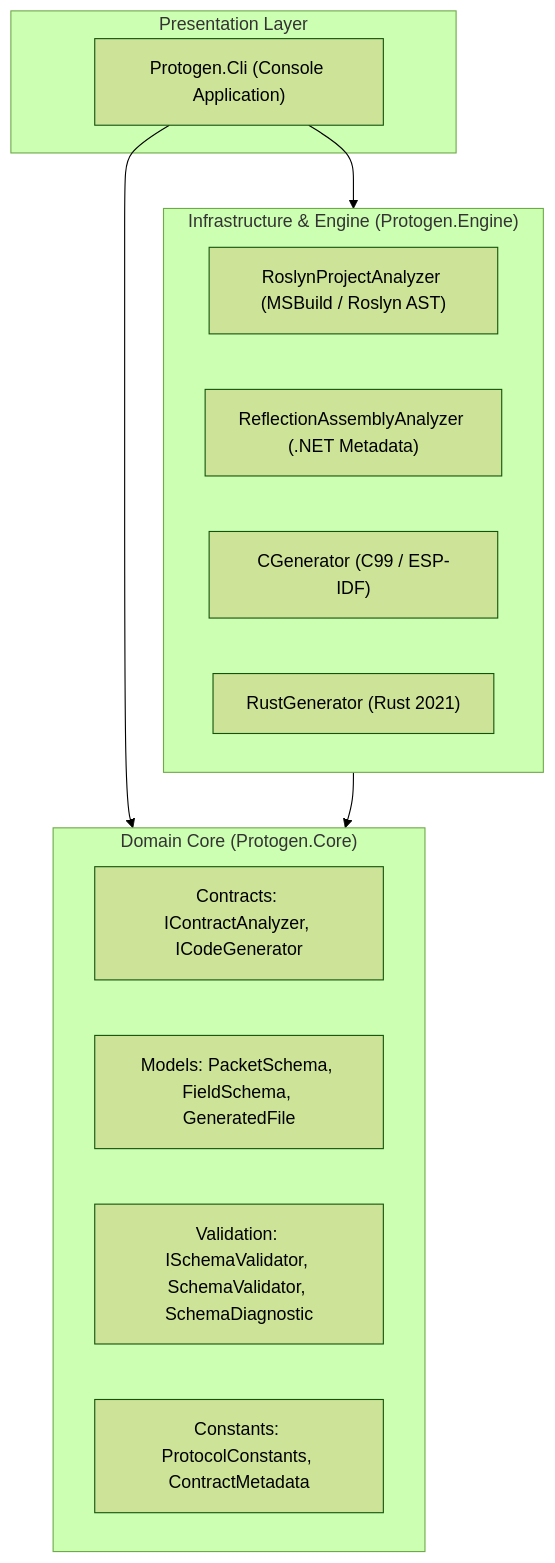
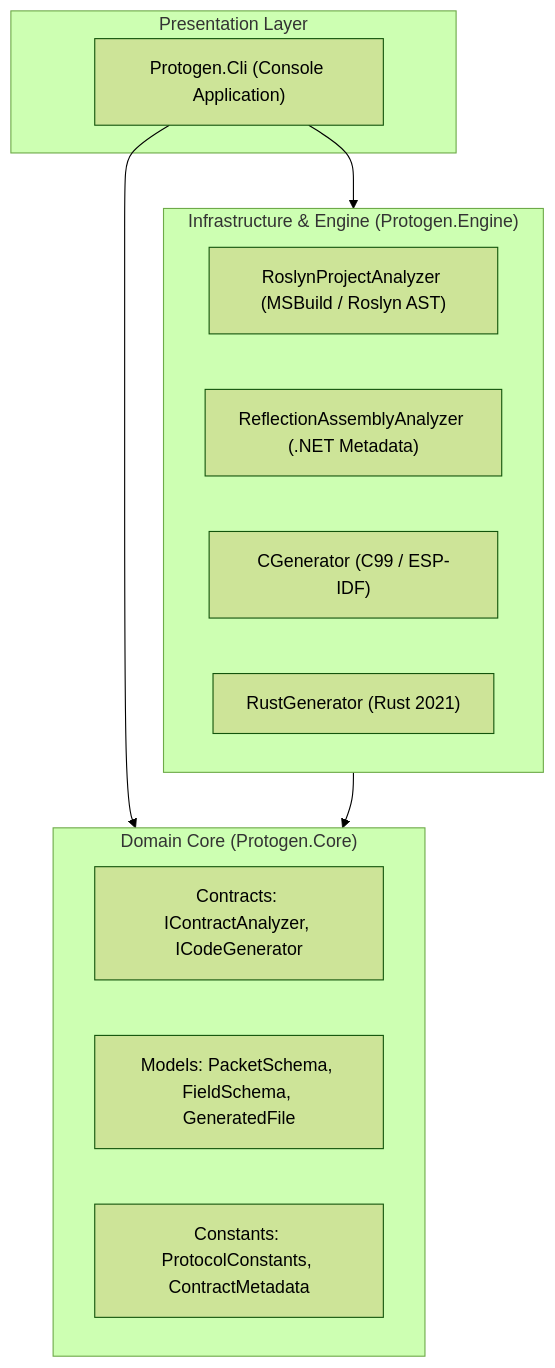
One commit to ppn-systems/nalix-native changed the first of 2 diagrams in docs/ARCHITECTURE.md. Above: the diagram before and after it, drawn with Mermaid (forest theme). The commit also changed other lines of this file and 9 other files, not shown here.

````diff
--- a/docs/ARCHITECTURE.md
+++ b/docs/ARCHITECTURE.md
@@ -9,24 +9,23 @@
 ```mermaid
 graph TD
     subgraph Presentation ["Presentation Layer"]
         CLI["Protogen.Cli (Console Application)"]
     end
 
     subgraph Core ["Domain Core (Protogen.Core)"]
         Contracts["Contracts: IContractAnalyzer, ICodeGenerator"]
         DomainModels["Models: PacketSchema, FieldSchema, GeneratedFile"]
-        Validation["Validation: ISchemaValidator, SchemaValidator, SchemaDiagnostic"]
         Constants["Constants: ProtocolConstants, ContractMetadata"]
     end
 
     subgraph Engine ["Infrastructure & Engine (Protogen.Engine)"]
         RoslynAnalyzer["RoslynProjectAnalyzer (MSBuild / Roslyn AST)"]
         ReflectionAnalyzer["ReflectionAssemblyAnalyzer (.NET Metadata)"]
         CGen["CGenerator (C99 / ESP-IDF)"]
         RustGen["RustGenerator (Rust 2021)"]
     end
 
     CLI --> Core
     CLI --> Engine
     Engine --> Core
 ```
````
